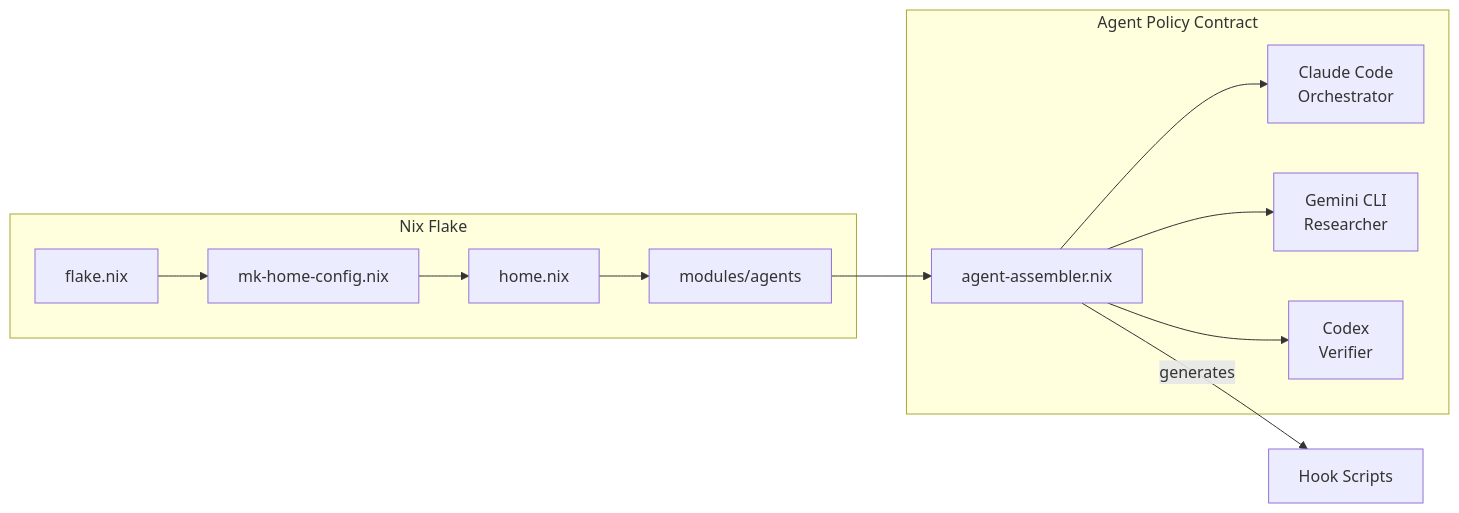
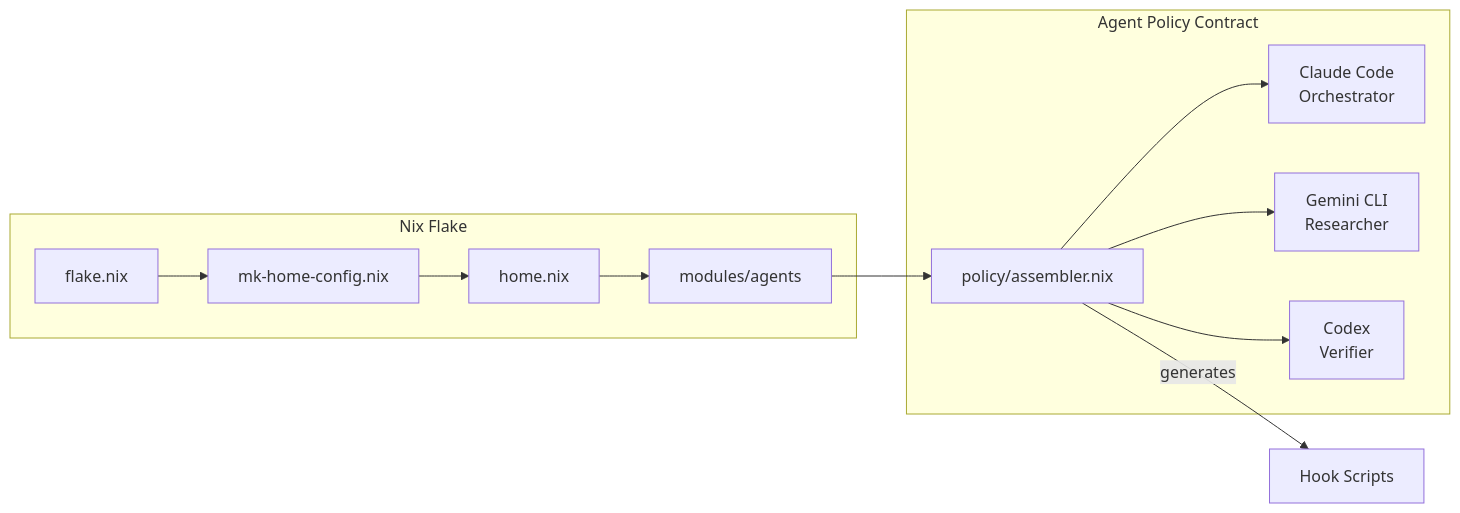
Before and after one commit to vanillacake369/tonys-nix: the diagram in README.md, drawn with Mermaid. The commit also changed other lines of this file and 17 other files, not shown here.

Commit message:
docs : sync to new lib + flat policy-*.nix + domain co-location architecture

````diff
--- a/README.md
+++ b/README.md
@@ -89,17 +89,17 @@
 ```mermaid
 graph LR
     subgraph Nix Flake
         F[flake.nix] --> B[mk-home-config.nix]
         B --> H[home.nix]
         H --> AG[modules/agents]
     end
 
     subgraph Agent Policy Contract
-        AG --> P[agent-assembler.nix]
+        AG --> P[policy/assembler.nix]
         P --> MC[Claude Code<br/>Orchestrator]
         P --> MG[Gemini CLI<br/>Researcher]
         P --> MX[Codex<br/>Verifier]
     end
 
     P -->|generates| HK[Hook Scripts]
 ```
````
